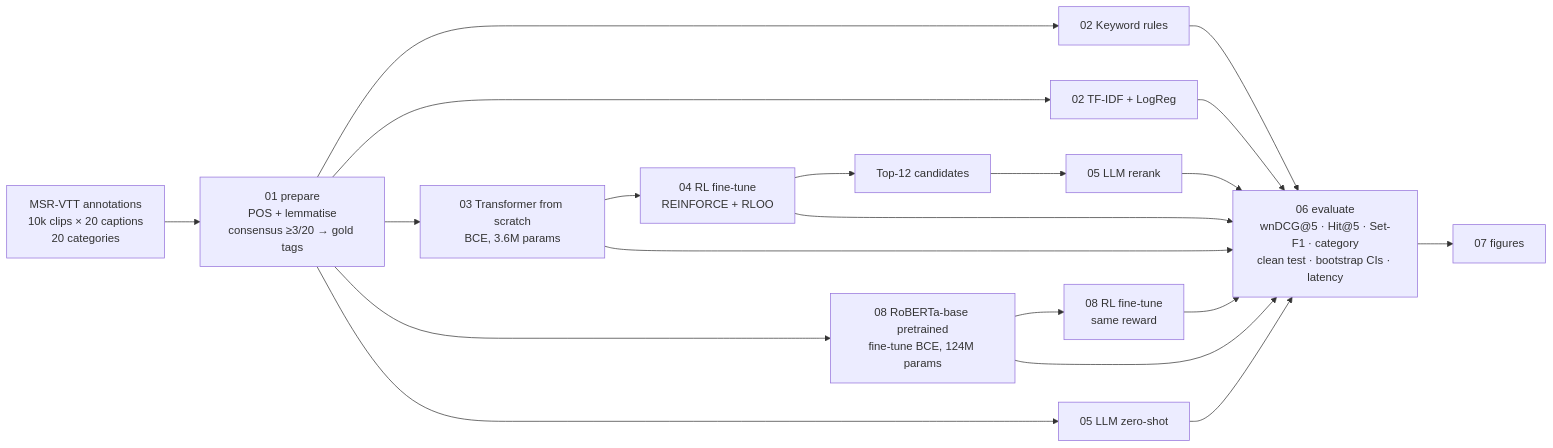
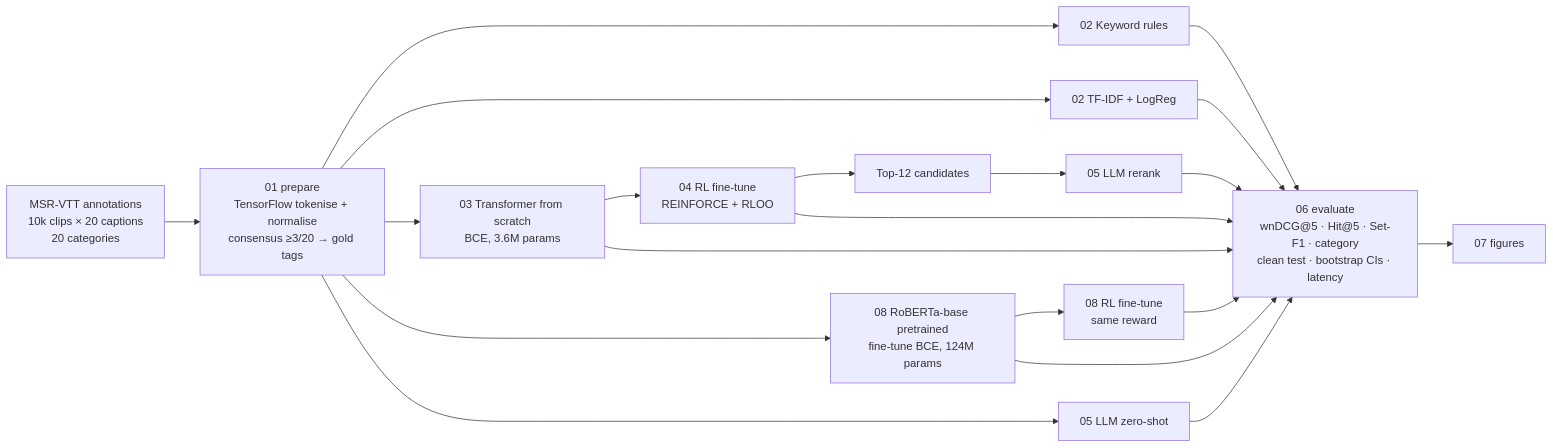
The diagram in README.md (phongvo2006-dev/video_hashtag_llm_Phase-1), drawn with Mermaid before and after one commit. The commit also changed other lines of this file and 31 other files, not shown here.

First line of the commit message:
Replace NLTK with a TensorFlow text pipeline; rebuild labels, retrain all models, redo LLM stages

````diff
--- a/README.md
+++ b/README.md
@@ -76,15 +86,15 @@
 ```mermaid
 flowchart LR
-    A[MSR-VTT annotations<br/>10k clips × 20 captions<br/>20 categories] --> B[01 prepare<br/>POS + lemmatise<br/>consensus ≥3/20 → gold tags]
+    A[MSR-VTT annotations<br/>10k clips × 20 captions<br/>20 categories] --> B[01 prepare<br/>TensorFlow tokenise + normalise<br/>consensus ≥3/20 → gold tags]
     B --> C0[02 Keyword rules]
     B --> C1[02 TF-IDF + LogReg]
     B --> C2[03 Transformer from scratch<br/>BCE, 3.6M params]
     C2 --> D[04 RL fine-tune<br/>REINFORCE + RLOO]
     B --> R1[08 RoBERTa-base pretrained<br/>fine-tune BCE, 124M params]
     R1 --> R2[08 RL fine-tune<br/>same reward]
     D --> E[Top-12 candidates]
     E --> F[05 LLM rerank]
     B --> G[05 LLM zero-shot]
     C0 & C1 & C2 & D & R1 & R2 & F & G --> H[06 evaluate<br/>wnDCG@5 · Hit@5 · Set-F1 · category<br/>clean test · bootstrap CIs · latency]
     H --> I[07 figures]
 ```
````
